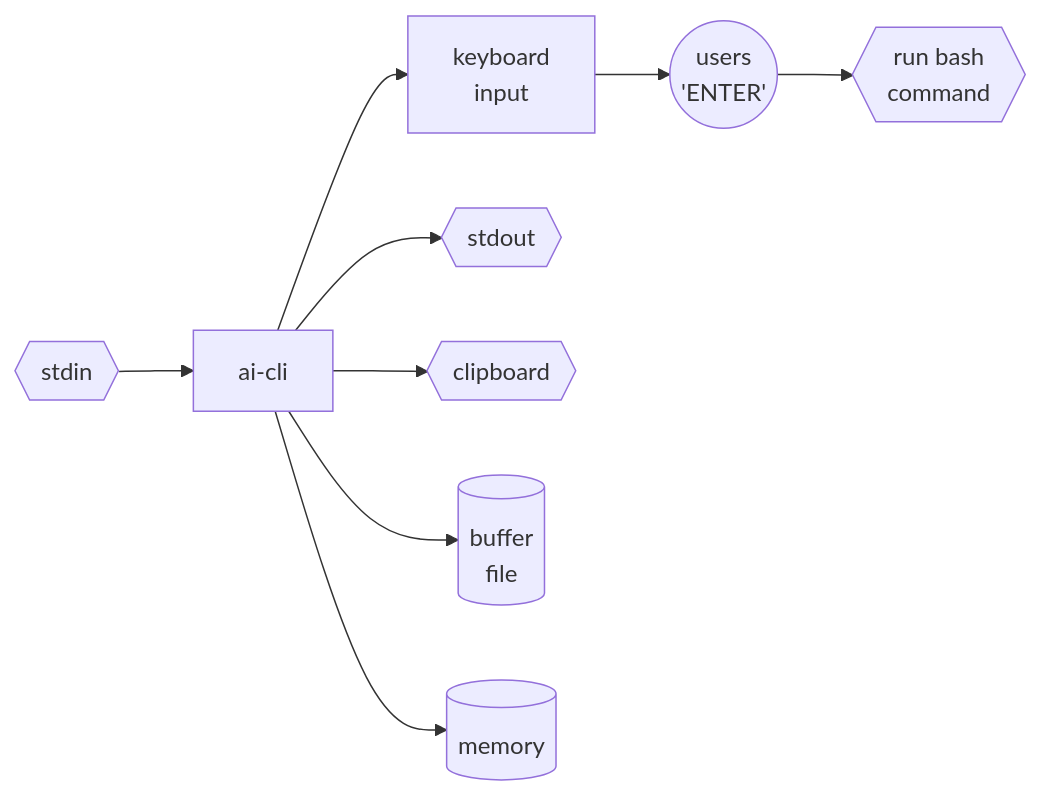
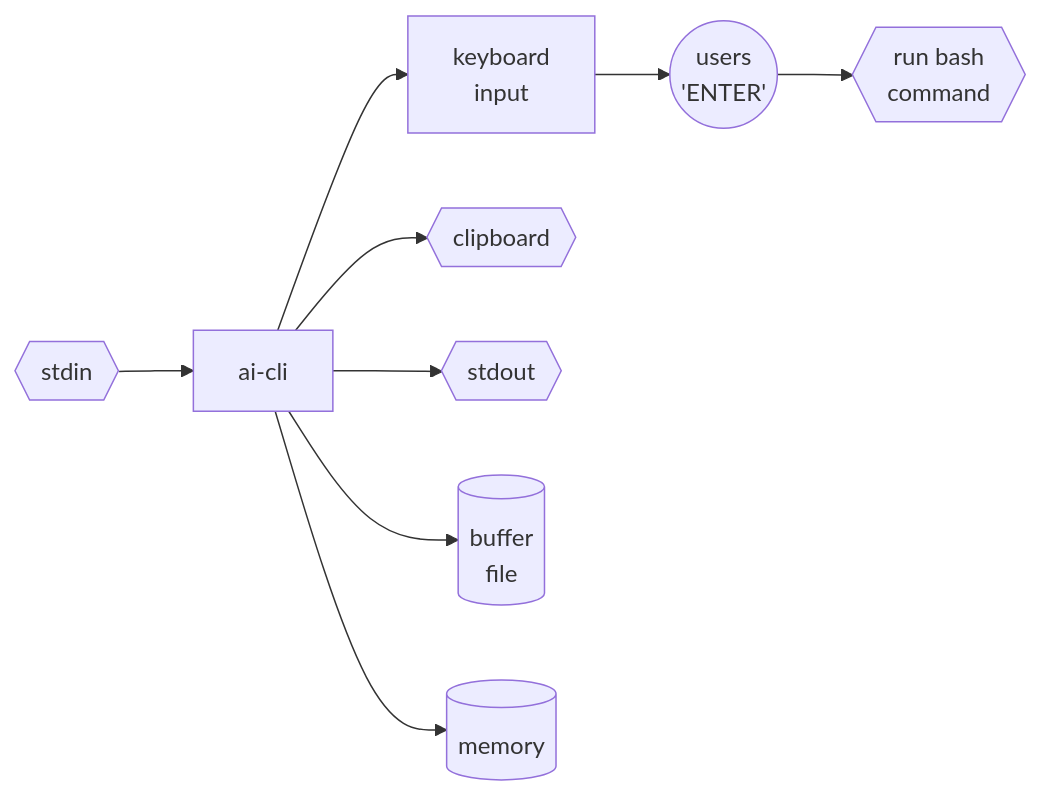
One commit to johnthesmith/ai-cli changed the first of 2 diagrams in README.md. Above: the diagram before and after it, drawn with Mermaid.

Commit message:
Auto commit

````diff
--- a/README.md
+++ b/README.md
@@ -30,15 +30,15 @@
 ```mermaid
 flowchart LR    
     keyboard[ keyboard \n input ]
+    clipboard{{clipboard}}
     stdout{{stdout}}
     stdin{{stdin}}
-    clipboard{{clipboard}}
     buffer[(buffer \n file)] 
     memory[(memory)]
     ai[ai-cli] 
     bash{{run bash \n command}}
     user((users \n 'ENTER'))
 
     keyboard --> user --> bash
-    stdin --> ai --> keyboard & stdout & memory & buffer & clipboard
+    stdin --> ai --> keyboard &  memory & buffer & clipboard & stdout
 ```
````
